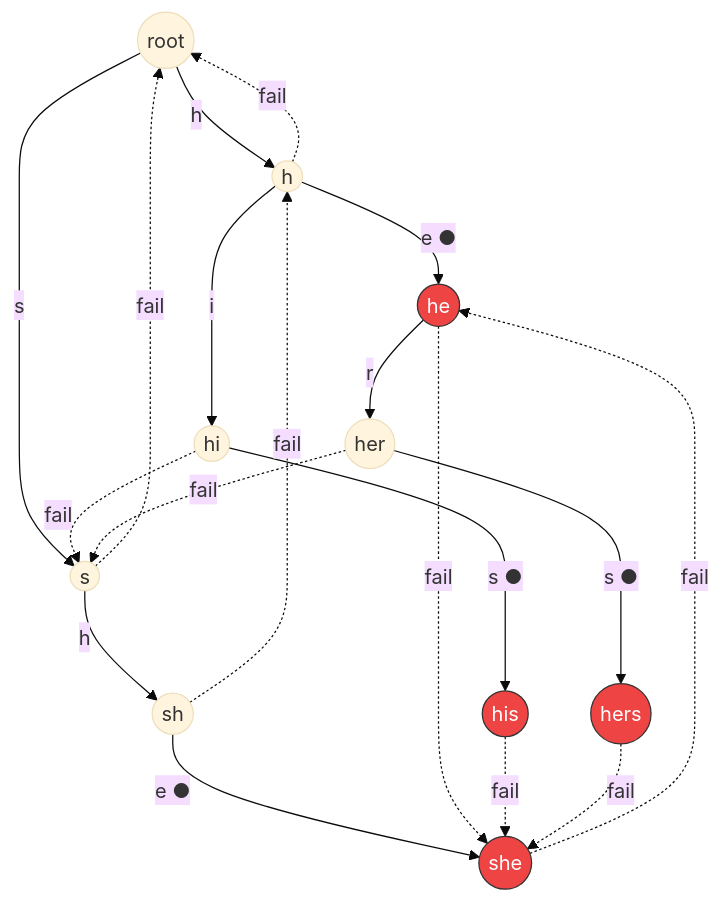
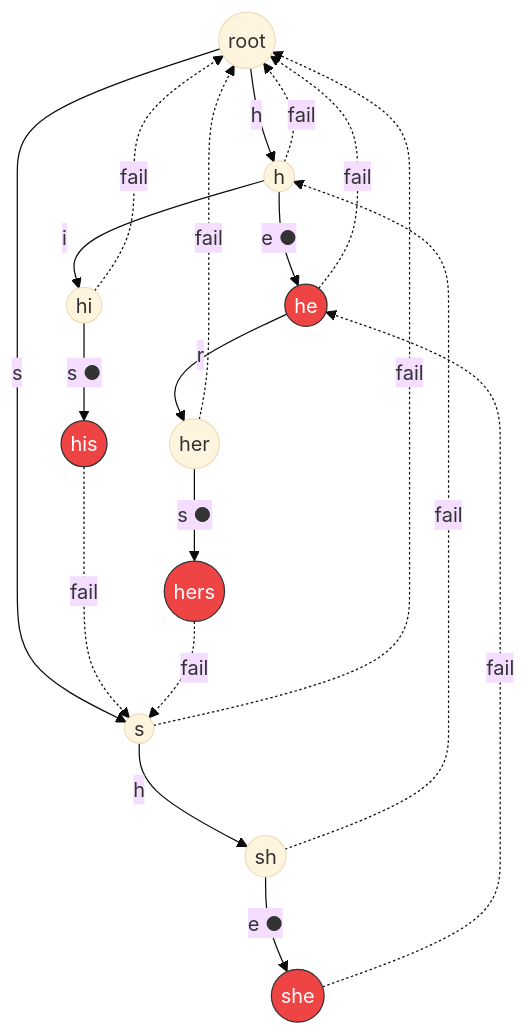
One commit to CandyMi/ccac changed the second of 5 diagrams in docs/ac-diagrams.md. Above: the diagram before and after it, drawn with Mermaid (base theme). The commit also changed other lines of this file and 10 other files, not shown here.

First line of the commit message:
refactor: rename ccac_find → ccac_match; fix wrong failure links in AC diagrams

````diff
--- a/docs/ac-diagrams.md
+++ b/docs/ac-diagrams.md
@@ -25,38 +27,45 @@
 ```mermaid
 flowchart TD
     R(("root"))
-    
+
     R -->|"h"| H(("h"))
     R -->|"s"| S(("s"))
-    
+
     H -->|"e ●"| HE(("he"))
     H -->|"i"| HI(("hi"))
-    
+
     HI -->|"s ●"| HIS(("his"))
-    
+
     S -->|"h"| SH(("sh"))
-    
+
     SH -->|"e ●"| SHE(("she"))
-    
+
     HE -->|"r"| HER(("her"))
-    
+
     HER -->|"s ●"| HERS(("hers"))
-    
-    %% failure links (dashed red)
+
+    %% failure links — BFS order
     H -.->|"fail"| R
     S -.->|"fail"| R
-    HE -.->|"fail"| SHE
-    HI -.->|"fail"| S
-    HIS -.->|"fail"| SHE
+    %% HE: h→fail=root, root 无 'e' → root
+    HE -.->|"fail"| R
+    %% HI: h→fail=root, root 无 'i' → root
+    HI -.->|"fail"| R
+    %% SH: s→fail=root, root 有 'h' → h
     SH -.->|"fail"| H
+    %% SHE: sh→fail=h, h 有 'e' → he
     SHE -.->|"fail"| HE
-    HER -.->|"fail"| S
-    HERS -.->|"fail"| SHE
+    %% HIS: hi→fail=root, root 有 's' → s
+    HIS -.->|"fail"| S
+    %% HER: he→fail=root, root 无 'r' → root
+    HER -.->|"fail"| R
+    %% HERS: her→fail=root, root 有 's' → s
+    HERS -.->|"fail"| S
 
     HE:::terminal
     SHE:::terminal
     HIS:::terminal
     HERS:::terminal
-    
+
     classDef terminal fill:#e44,stroke:#333,color:#fff
 ```
````
